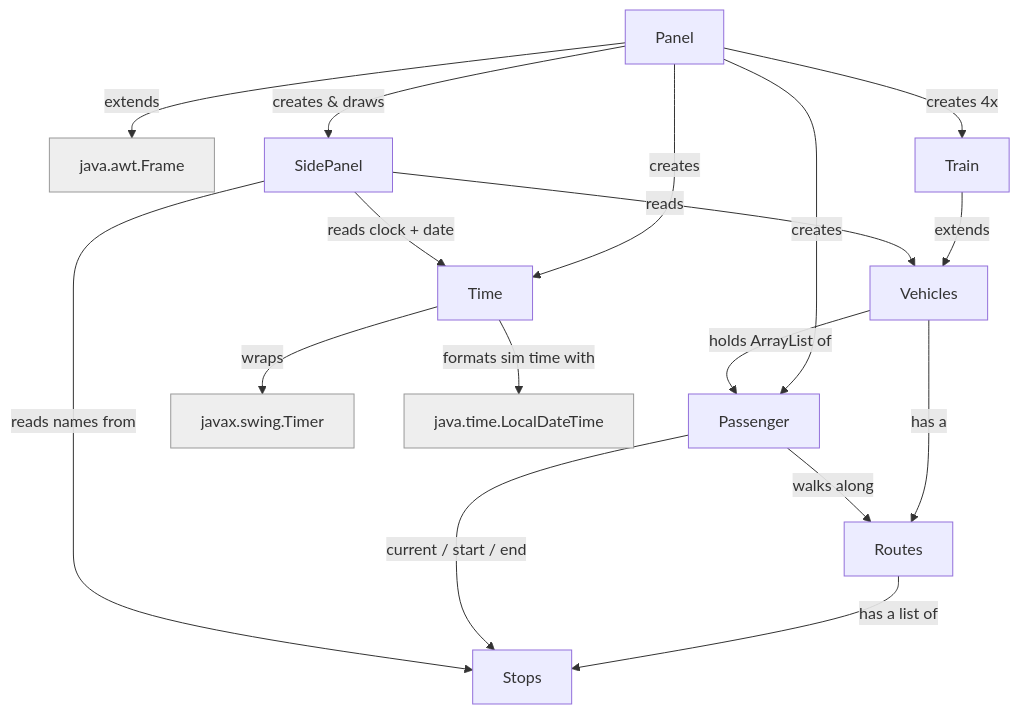
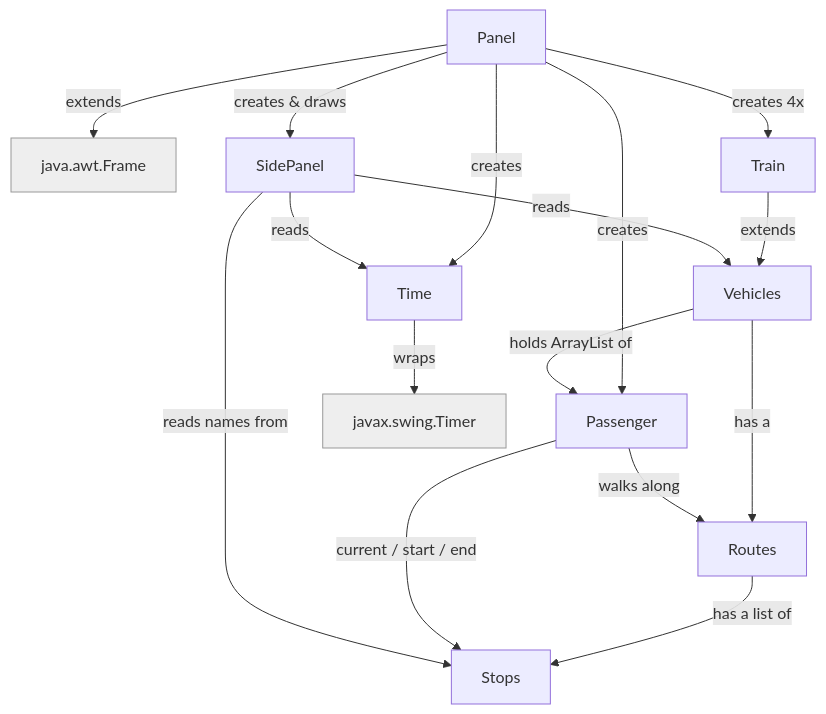
The diagram in README.md (minwu85/comp2000-project), drawn with Mermaid before and after one commit. The commit also changed other lines of this file, not shown here.

Commit message:
update: chart:

````diff
--- a/README.md
+++ b/README.md
@@ -12,26 +12,25 @@
 ```mermaid
 graph TD
     Frame[java.awt.Frame]:::ext
     Panel -->|extends| Frame
     Panel -->|creates & draws| SidePanel
     Panel -->|creates 4x| Train
     Panel -->|creates| Passenger
     Panel -->|creates| Time
 
     Train -->|extends| Vehicles
     Vehicles -->|has a| Routes
     Vehicles -->|holds ArrayList of| Passenger
     Routes -->|has a list of| Stops
 
     Passenger -->|walks along| Routes
     Passenger -->|current / start / end| Stops
 
     SidePanel -->|reads| Vehicles
-    SidePanel -->|reads clock + date| Time
+    SidePanel -->|reads| Time
     SidePanel -->|reads names from| Stops
 
     Time -->|wraps| Timer[javax.swing.Timer]:::ext
-    Time -->|formats sim time with| DateTime[java.time.LocalDateTime]:::ext
 
     classDef ext fill:#eee,stroke:#999,color:#333;
 ```
````
